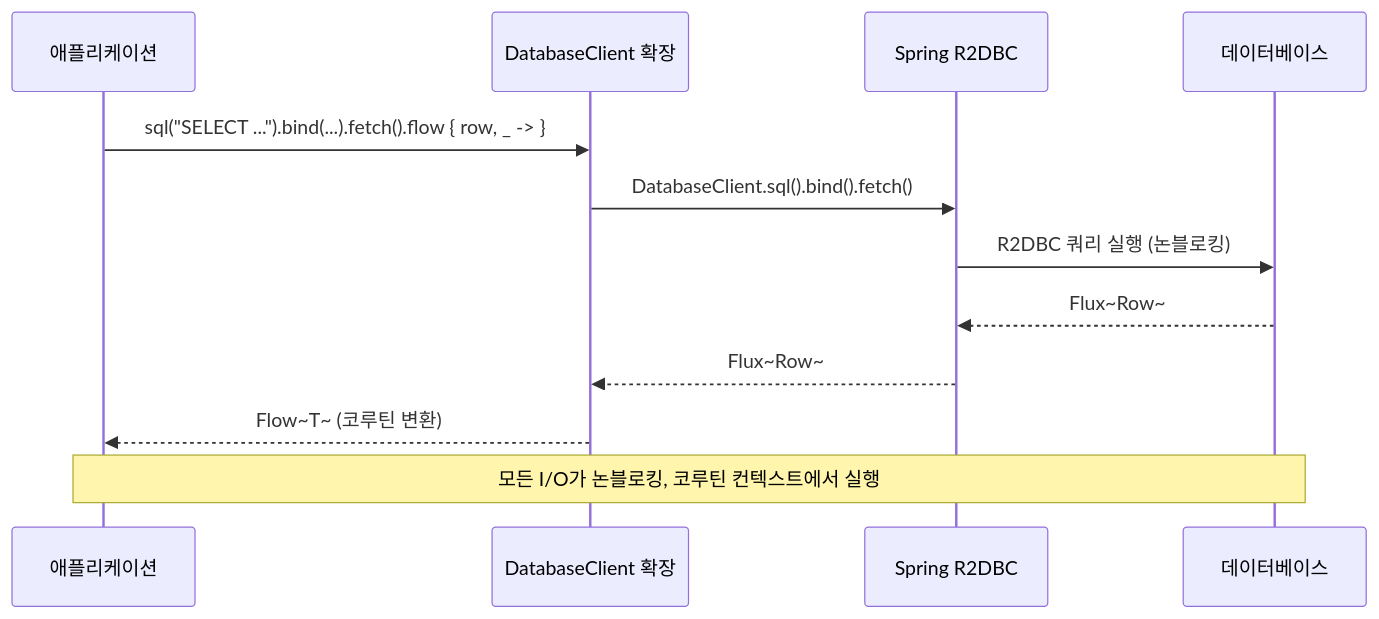
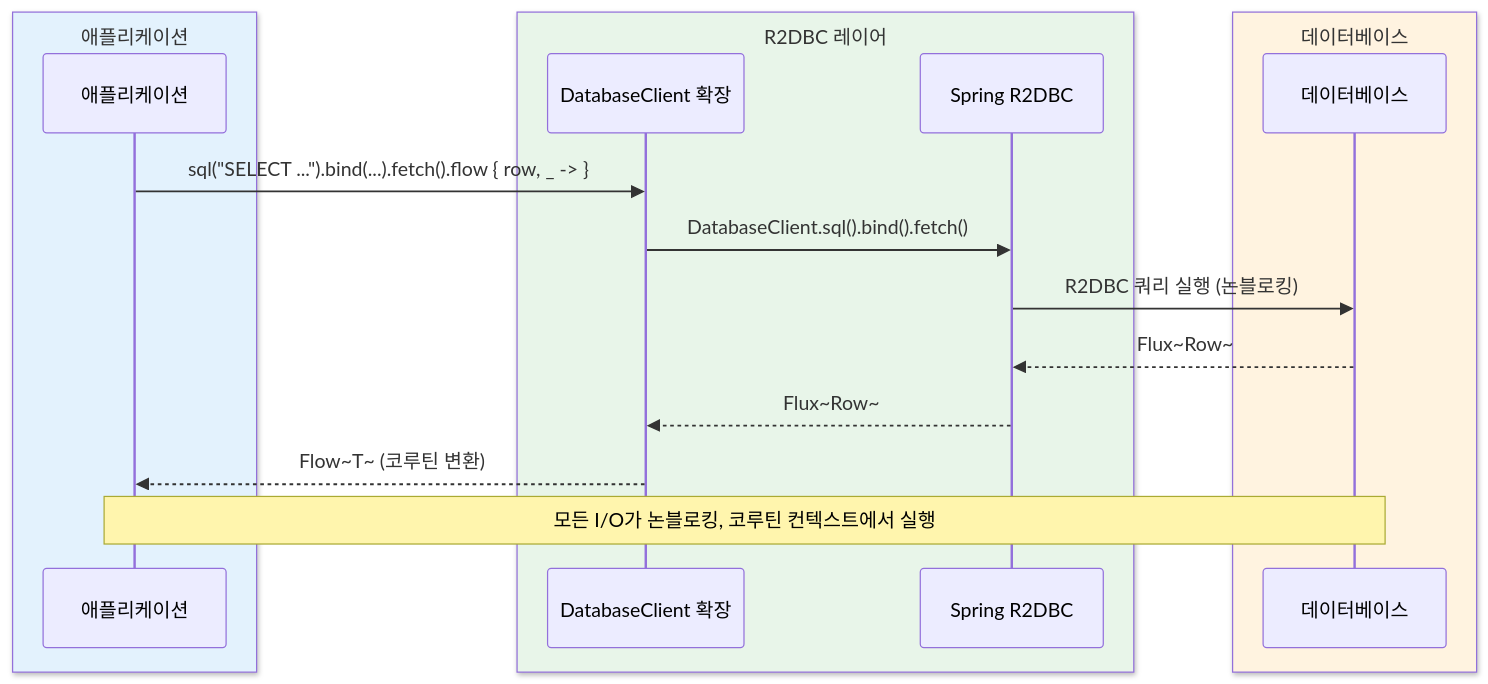
One commit to bluetape4k/bluetape4k-projects changed the third of 4 diagrams in data/r2dbc/README.ko.md. Above: the diagram before and after it, drawn with Mermaid. The commit also changed other lines of this file and 221 other files, not shown here.

First line of the commit message:
docs: 전체 모듈 README UML 다이어그램 보강 및 색상 업그레이드

````diff
--- a/data/r2dbc/README.ko.md
+++ b/data/r2dbc/README.ko.md
@@ -355,16 +363,22 @@
 ```mermaid
 sequenceDiagram
-    participant App as 애플리케이션
-    participant R2DBC as DatabaseClient 확장
-    participant Spring as Spring R2DBC
-    participant DB as 데이터베이스
+    box rgb(227, 242, 253) 애플리케이션
+        participant App as 애플리케이션
+    end
+    box rgb(232, 245, 233) R2DBC 레이어
+        participant R2DBC as DatabaseClient 확장
+        participant Spring as Spring R2DBC
+    end
+    box rgb(255, 243, 224) 데이터베이스
+        participant DB as 데이터베이스
+    end
 
     App->>R2DBC: sql("SELECT ...").bind(...).fetch().flow { row, _ -> }
     R2DBC->>Spring: DatabaseClient.sql().bind().fetch()
     Spring->>DB: R2DBC 쿼리 실행 (논블로킹)
     DB-->>Spring: Flux~Row~
     Spring-->>R2DBC: Flux~Row~
     R2DBC-->>App: Flow~T~ (코루틴 변환)
 
     Note over App,DB: 모든 I/O가 논블로킹, 코루틴 컨텍스트에서 실행
 ```
````
